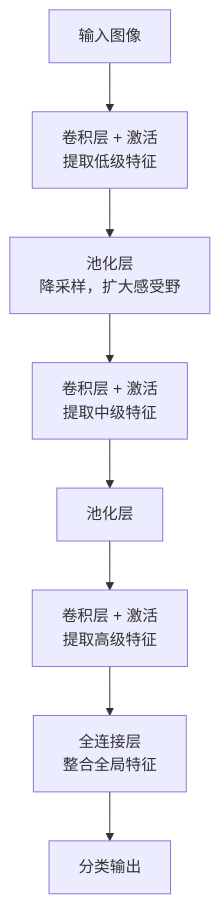
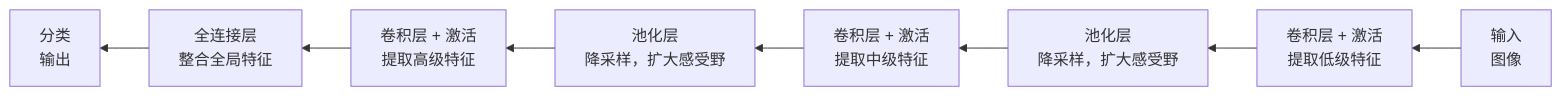
Before and after one commit to fenixsoft/dmla: the diagram in docs/deep-learning/convolutional-neural-network/cnn-basics.md, drawn with Mermaid. The commit also changed other lines of this file and 10 other files, not shown here.

````diff
--- a/docs/deep-learning/convolutional-neural-network/cnn-basics.md
+++ b/docs/deep-learning/convolutional-neural-network/cnn-basics.md
@@ -400,10 +295,10 @@
-```mermaid
-graph TD
-    A[输入图像] --> B[卷积层 + 激活<br/>提取低级特征]
+```mermaid compact
+graph RL
+    A[输入<br/>图像] --> B[卷积层 + 激活<br/>提取低级特征]
     B --> C[池化层<br/>降采样，扩大感受野]
     C --> D[卷积层 + 激活<br/>提取中级特征]
-    D --> E[池化层]
+    D --> E[池化层<br/>降采样，扩大感受野]
     E --> F[卷积层 + 激活<br/>提取高级特征]
     F --> G[全连接层<br/>整合全局特征]
-    G --> H[分类输出]
+    G --> H[分类<br/>输出]
 ```
````
